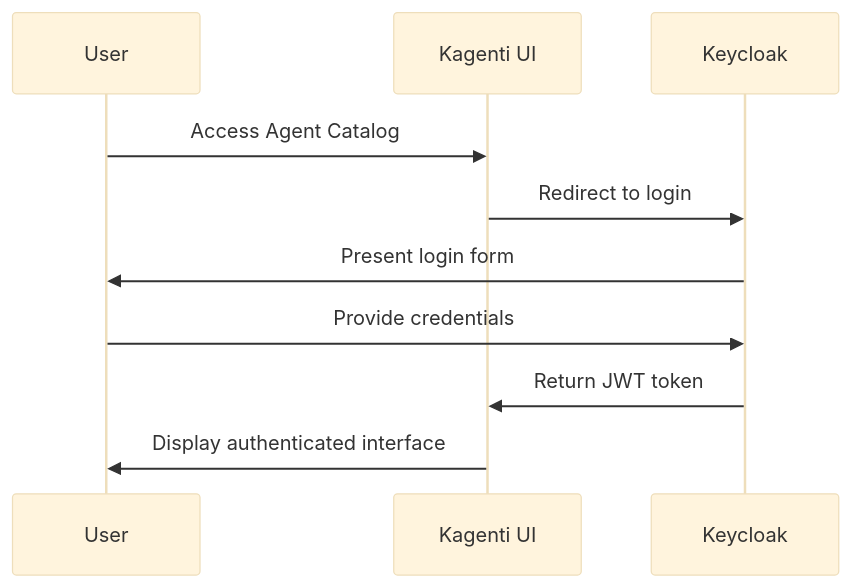
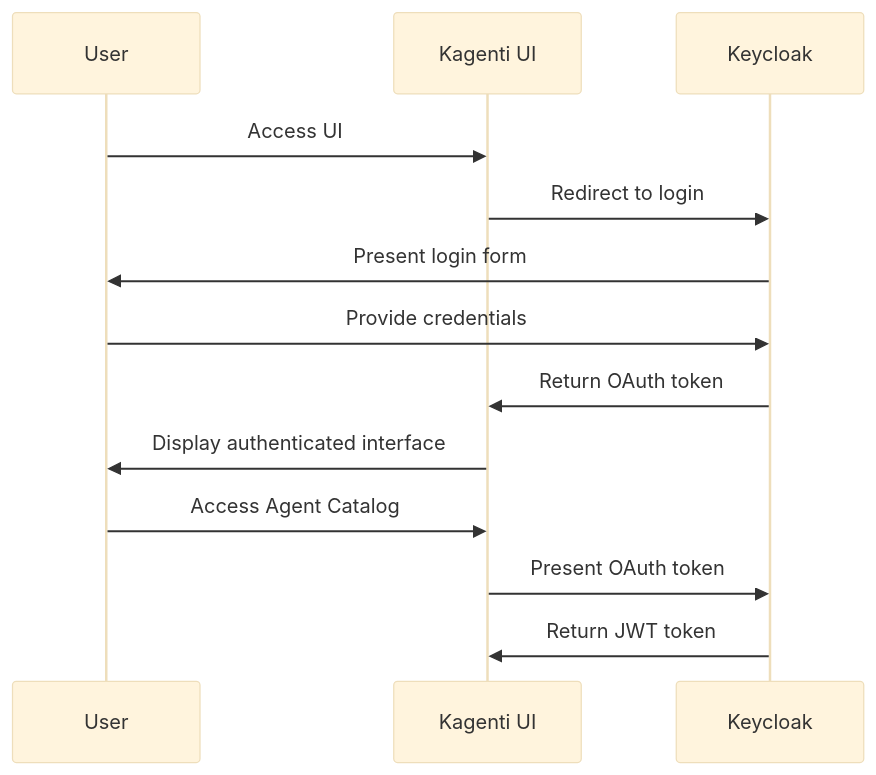
The diagram in docs/diagrams/01-user-authentication-flow.mmd (pdettori/kagenti), drawn with Mermaid (base theme) before and after one commit. The commit also changed 3 other files, not shown here.

Commit message:
Update the Identity flow charts

```diff
--- a/docs/diagrams/01-user-authentication-flow.mmd
+++ b/docs/diagrams/01-user-authentication-flow.mmd
@@ -1,11 +1,14 @@
 sequenceDiagram
     participant User
     participant UI as Kagenti UI
     participant KC as Keycloak
-    
-    User->>UI: Access Agent Catalog
+
+    User->>UI: Access UI
     UI->>KC: Redirect to login
     KC->>User: Present login form
     User->>KC: Provide credentials
+    KC->>UI: Return OAuth token
+    UI->>User: Display authenticated interface
+    User->>UI: Access Agent Catalog
+    UI->>KC: Present OAuth token
     KC->>UI: Return JWT token
-    UI->>User: Display authenticated interface
```
